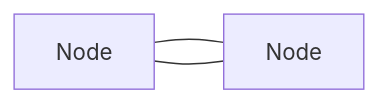
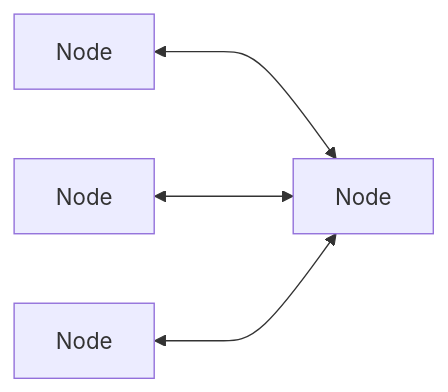
The first of 2 diagrams in node_and_modules.md (rsmp-nordic/core_v4), drawn with Mermaid before and after one commit. The commit also changed other lines of this file, not shown here.

````diff
--- a/node_and_modules.md
+++ b/node_and_modules.md
@@ -6,5 +6,6 @@
 ```mermaid
  graph LR;
-      A[Node]---B[Node];
-      B[Node]---A[Node];
+      A[Node]<--->X[Node];
+      B[Node]<--->X[Node];
+      C[Node]<--->X[Node];
 ```
````
